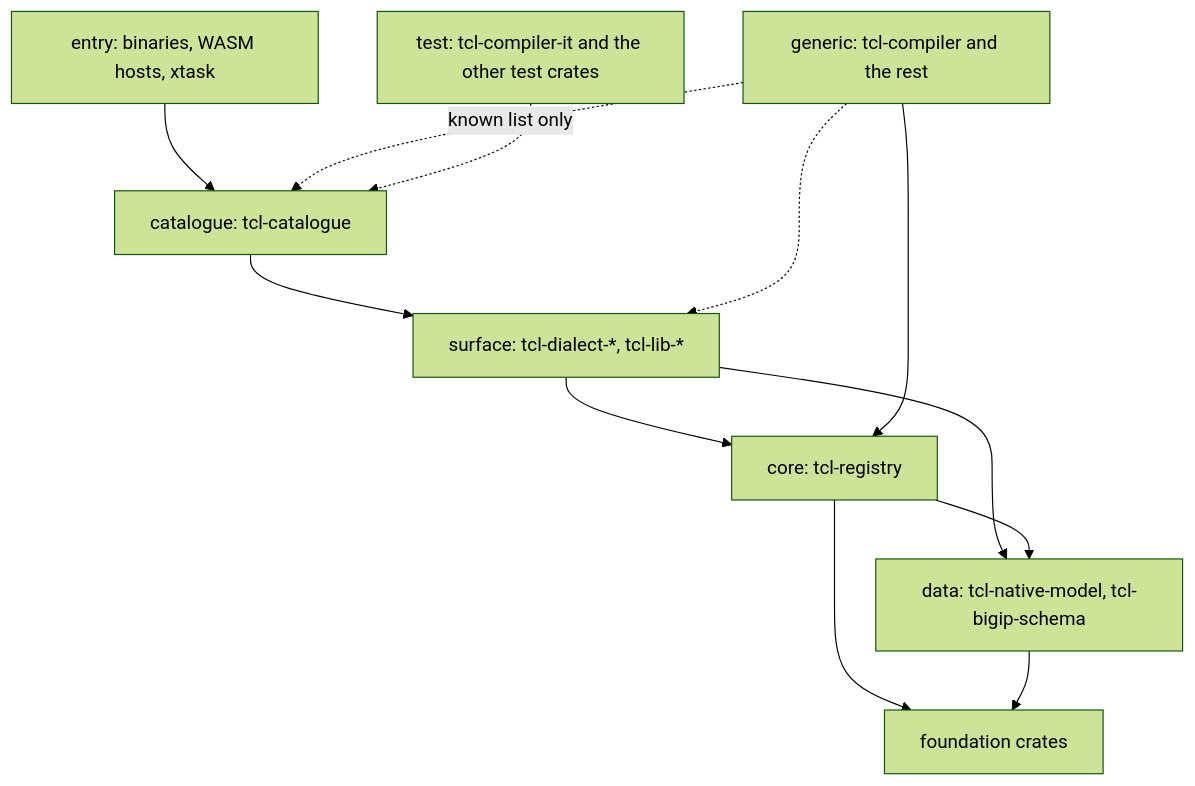
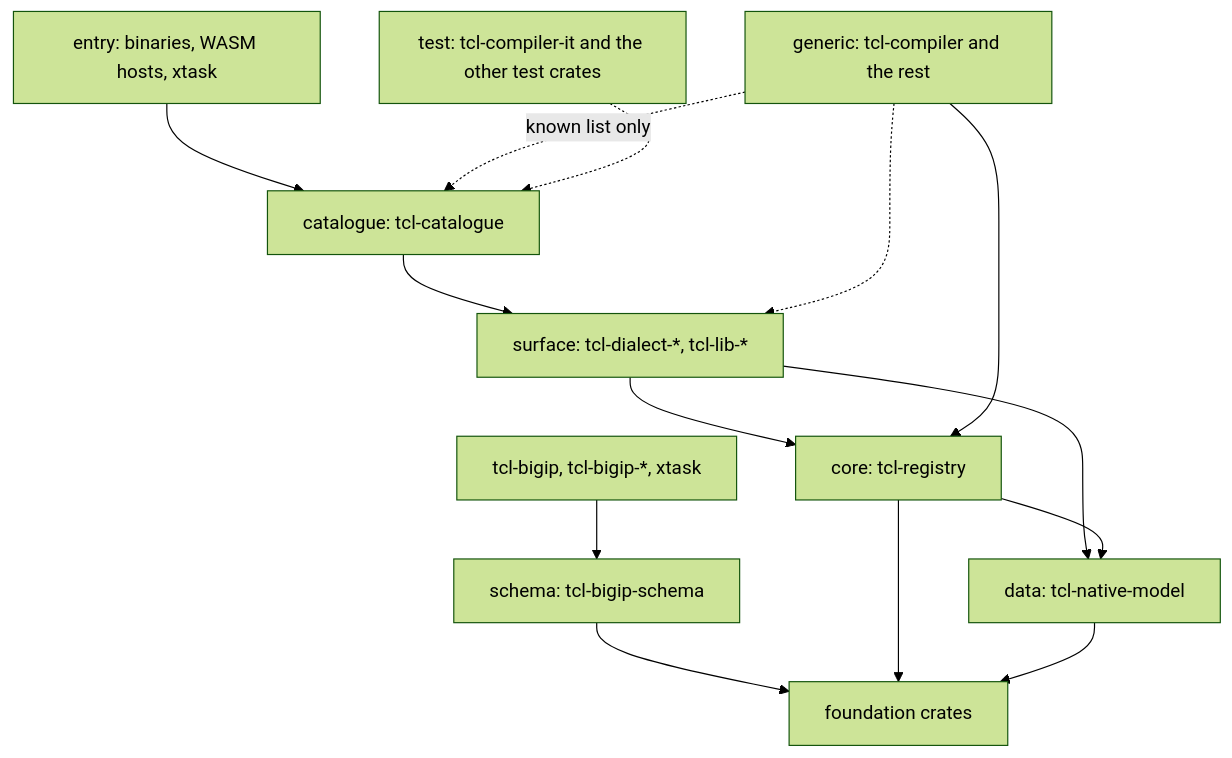
The diagram in docs/design/registry/registry-split/04-dependency-hygiene.md (bitwisecook/tcl-lsp), drawn with Mermaid (forest theme) before and after one commit. The commit also changed other lines of this file and 17 other files, not shown here.

````diff
--- a/docs/design/registry/registry-split/04-dependency-hygiene.md
+++ b/docs/design/registry/registry-split/04-dependency-hygiene.md
@@ -71,14 +72,16 @@
 ```mermaid
 flowchart TB
   entry["entry: binaries, WASM hosts, xtask"] --> catalogue["catalogue: tcl-catalogue"]
   catalogue --> surface["surface: tcl-dialect-*, tcl-lib-*"]
   surface --> core["core: tcl-registry"]
-  surface --> data["data: tcl-native-model, tcl-bigip-schema"]
+  surface --> data["data: tcl-native-model"]
   core --> data
+  bigip["tcl-bigip, tcl-bigip-*, xtask"] --> schema["schema: tcl-bigip-schema"]
+  schema --> foundation
   generic["generic: tcl-compiler and the rest"] --> core
   generic -.-> surface
   generic -. "known list only" .-> catalogue
   test["test: tcl-compiler-it and the other test crates"] -.-> catalogue
   core --> foundation["foundation crates"]
   data --> foundation
 ```
````
